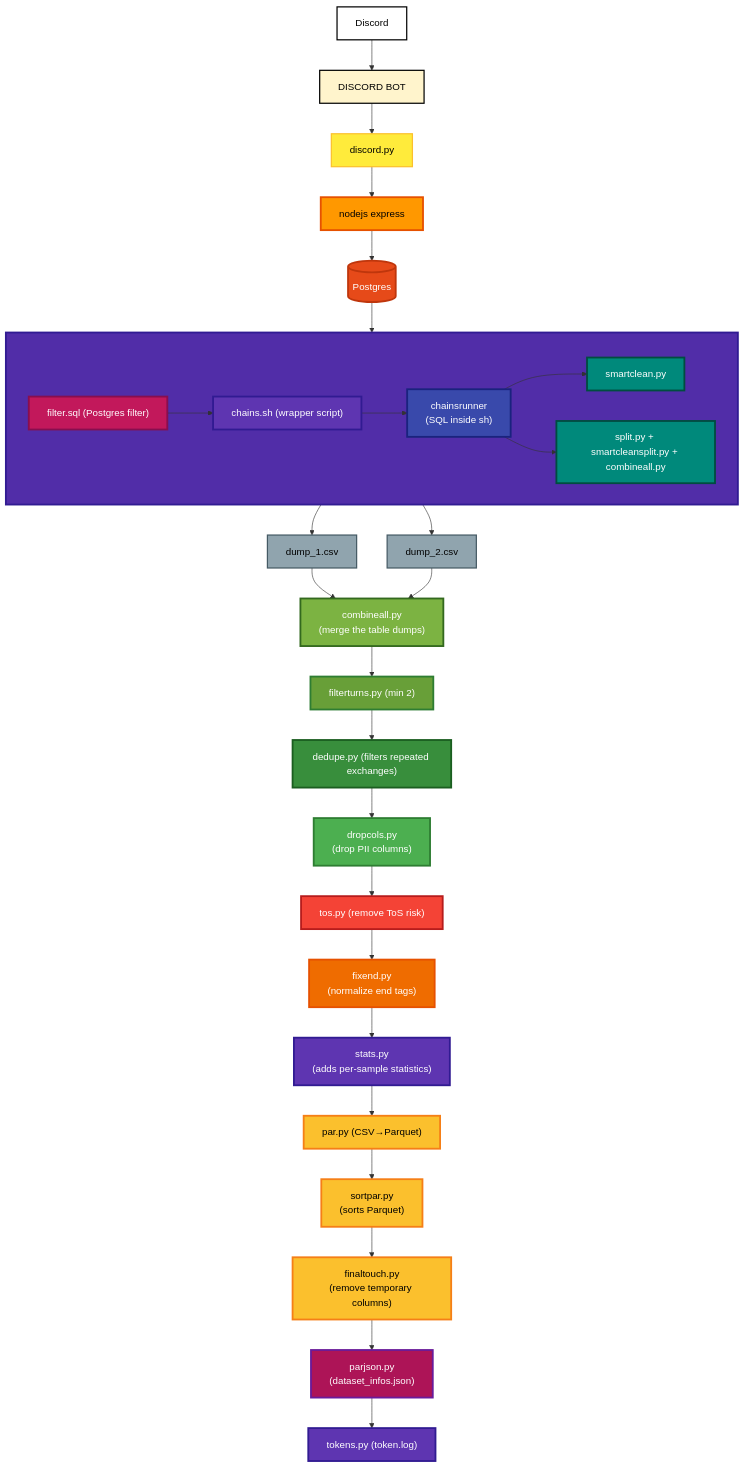
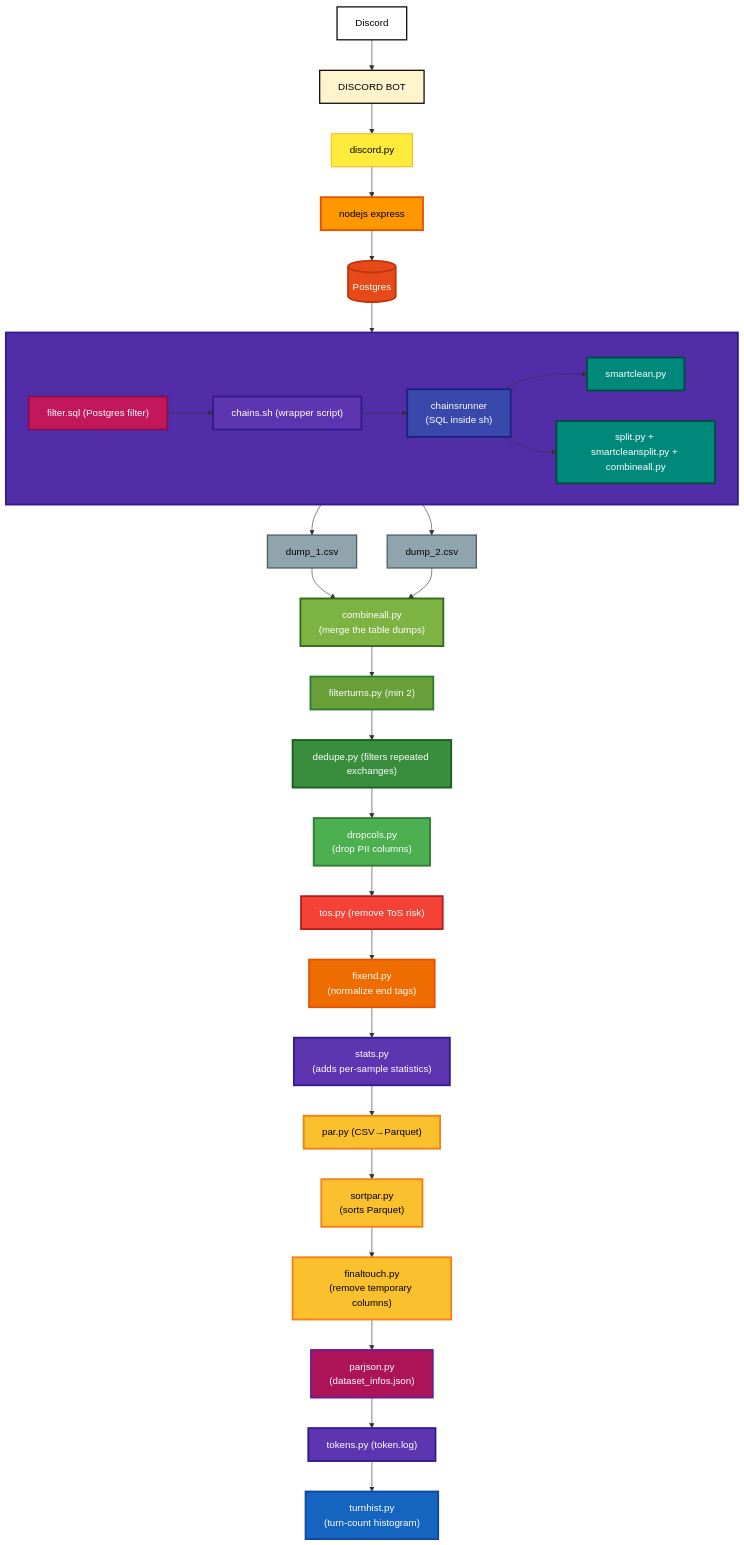
One commit to mookiezi/dataset-pipeline changed the diagram in README.md. Above: the diagram before and after it, drawn with Mermaid. The commit also changed other lines of this file, not shown here.

````diff
--- a/README.md
+++ b/README.md
@@ -7,60 +7,62 @@
 ```mermaid
 flowchart TD
     A[Discord]:::c1 --> B[DISCORD BOT]:::c2
     B --> C[discord.py]:::c3
     C --> D[nodejs express]:::c4
     D --> E[(Postgres)]:::db
 
     E --> G["filter.sql (Postgres filter)"]:::sql
 
     subgraph S[" "]
     direction LR
         G --> H["chains.sh (wrapper script)"]:::c9
         H --> J["chainsrunner<br>(SQL inside sh)"]:::c10
     J --> K["smartclean.py"]:::clean
     J --> L["split.py + smartcleansplit.py + combineall.py"]:::clean
     end
     style S fill:#512da8,stroke:#311b92,color:#ffffff,stroke-width:3px
 
     %% One dump from each branch
     K --> M1["dump_1.csv"]:::file
     L --> M2["dump_2.csv"]:::file
 
     %% Both go into combineall.py
     M1 --> N["combineall.py<br>(merge the table dumps)"]:::c15
     M2 --> N
     N --> O["filterturns.py (min 2)"]:::c16
     O --> P["dedupe.py (filters repeated exchanges)"]:::c17
     P --> Q["dropcols.py<br>(drop PII columns)"]:::c18
     Q --> R["tos.py (remove ToS risk)"]:::tos
     R --> S1["fixend.py<br>(normalize end tags)"]:::fix
     S1 --> T["stats.py<br>(adds per-sample statistics)"]:::stats
     T --> U["par.py (CSV→Parquet)"]:::pack
     U --> V["sortpar.py<br>(sorts Parquet)"]:::pack
     V --> W["finaltouch.py<br>(remove temporary columns)"]:::pack
     W --> X["parjson.py<br>(dataset_infos.json)"]:::meta
     X --> Y["tokens.py (token.log)"]:::stats
+    Y --> Z["turnhist.py<br>(turn-count histogram)"]:::hist
 
     %% STYLE CLASSES (use colons)
     classDef c1 fill:#ffffff,stroke:#000000,color:#000000,stroke-width:2px
     classDef c2 fill:#fff4cc,stroke:#000000,color:#000000,stroke-width:2px
     classDef c3 fill:#ffeb3b,stroke:#fbc02d,color:#000000,stroke-width:2px
     classDef c4 fill:#ff9800,stroke:#e65100,color:#000000,stroke-width:3px
     classDef db fill:#e64a19,stroke:#bf360c,color:#ffffff,stroke-width:3px
     classDef sql fill:#c2185b,stroke:#880e4f,color:#ffffff,stroke-width:3px
     classDef c7 fill:#9c27b0,stroke:#6a1b9a,color:#ffffff,stroke-width:3px
     classDef c9 fill:#5e35b1,stroke:#311b92,color:#ffffff,stroke-width:3px
     classDef c10 fill:#3949ab,stroke:#1a237e,color:#ffffff,stroke-width:3px
     classDef c11 fill:#283593,stroke:#1a237e,color:#ffffff,stroke-width:3px
     classDef clean fill:#00897b,stroke:#004d40,color:#ffffff,stroke-width:3px
     classDef file fill:#90a4ae,stroke:#455a64,color:#000000,stroke-width:2px
     classDef c15 fill:#7cb342,stroke:#33691e,color:#ffffff,stroke-width:3px
     classDef c16 fill:#689f38,stroke:#2e7d32,color:#ffffff,stroke-width:3px
     classDef c17 fill:#388e3c,stroke:#1b5e20,color:#ffffff,stroke-width:3px
     classDef c18 fill:#4caf50,stroke:#2e7d32,color:#ffffff,stroke-width:3px
     classDef tos fill:#f44336,stroke:#b71c1c,color:#ffffff,stroke-width:3px
     classDef fix fill:#ef6c00,stroke:#e65100,color:#ffffff,stroke-width:3px
     classDef stats fill:#5e35b1,stroke:#311b92,color:#ffffff,stroke-width:3px
     classDef pack fill:#fbc02d,stroke:#f57f17,color:#000000,stroke-width:3px
     classDef meta fill:#ad1457,stroke:#6a1b9a,color:#ffffff,stroke-width:3px
+    classDef hist fill:#1565c0,stroke:#0d47a1,color:#ffffff,stroke-width:3px
 ```
````
